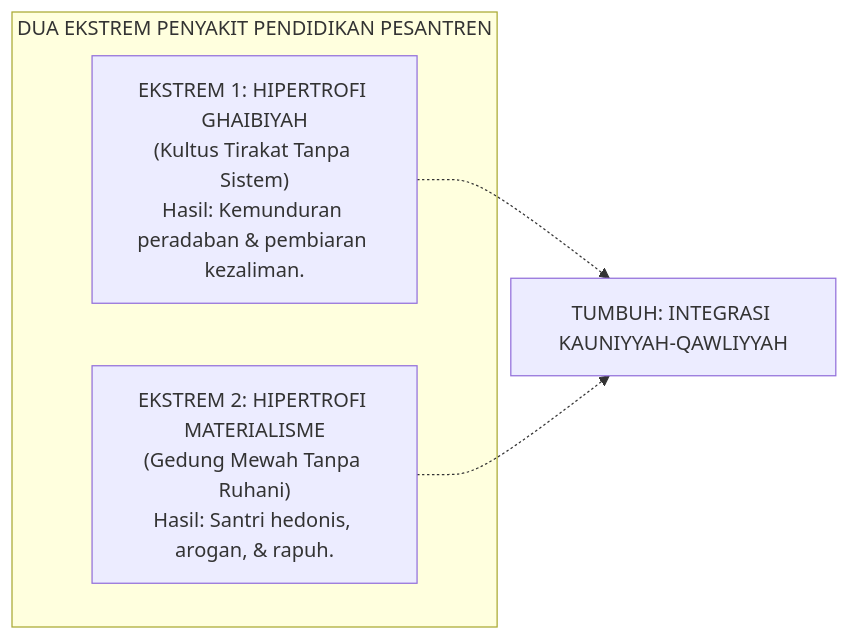
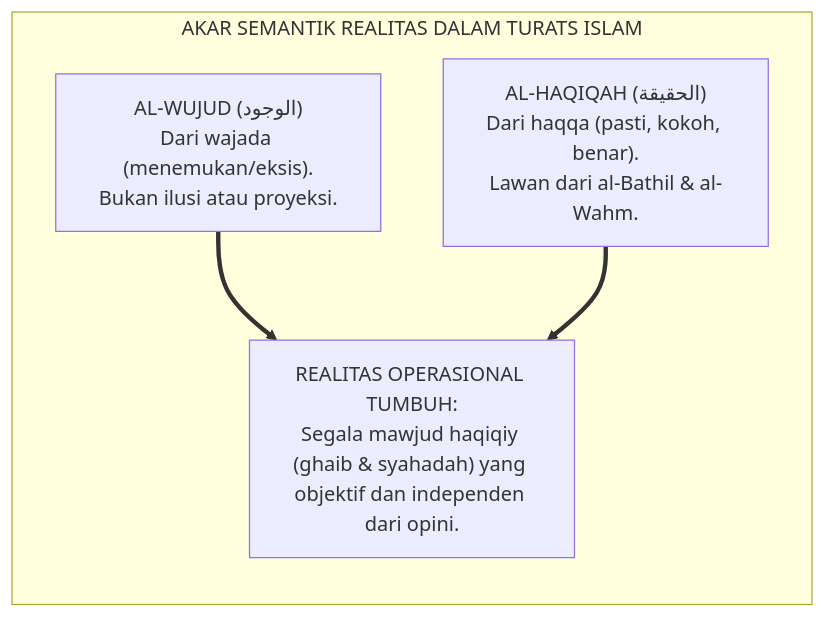
One commit to wandiapriliyandi/tumbuh changed the fourth of 7 diagrams in 01 Philosophy/01 Worldview/P1-01-01-01-Kajian-Dialektika-Inkuiri-dan-Tanya-Jawab-Realitas.md. Above: the diagram before and after it, drawn with Mermaid. The commit also changed other lines of this file, not shown here.

````diff
--- a/01 Philosophy/01 Worldview/P1-01-01-01-Kajian-Dialektika-Inkuiri-dan-Tanya-Jawab-Realitas.md
+++ b/01 Philosophy/01 Worldview/P1-01-01-01-Kajian-Dialektika-Inkuiri-dan-Tanya-Jawab-Realitas.md
@@ -179,9 +112,9 @@
 ```mermaid
 graph LR
-    subgraph PatologiKlasik["DUA EKSTREM PENYAKIT PENDIDIKAN PESANTREN"]
-        P1["EKSTREM 1: HIPERTROFI GHAIBIYAH<br/>(Kultus Tirakat Tanpa Sistem)<br/>Hasil: Kemunduran peradaban & pembiaran kezaliman."]
-        P2["EKSTREM 2: HIPERTROFI MATERIALISME<br/>(Gedung Mewah Tanpa Ruhani)<br/>Hasil: Santri hedonis, arogan, & rapuh."]
+    subgraph AnalisisLinguistik["AKAR SEMANTIK REALITAS DALAM TURATS ISLAM"]
+        Wujud["AL-WUJUD (الوجود)<br/>Dari wajada (menemukan/eksis).<br/>Bukan ilusi atau proyeksi."]
+        Haqq["AL-HAQIQAH (الحقيقة)<br/>Dari haqqa (pasti, kokoh, benar).<br/>Lawan dari al-Bathil & al-Wahm."]
+        
+        Wujud & Haqq ==> Def["REALITAS OPERASIONAL TUMBUH:<br/>Segala mawjud haqiqiy (ghaib & syahadah) yang objektif dan independen dari opini."]
     end
-    
-    P1 & P2 -.-> Solusi["TUMBUH: INTEGRASI KAUNIYYAH-QAWLIYYAH"]
 ```
````
